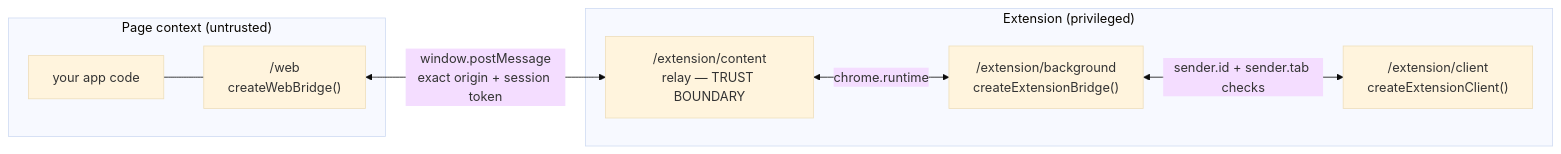
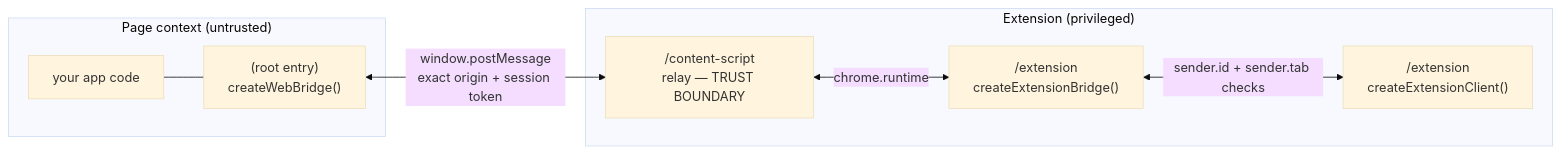
The diagram in packages/@webex/web-extension-bridge/README.md (webex/webex-js-sdk), drawn with Mermaid (base theme) before and after one commit. The commit also changed other lines of this file and 30 other files, not shown here.

Commit message:
feat(web-extension-bridge): address review comments

````diff
--- a/packages/@webex/web-extension-bridge/README.md
+++ b/packages/@webex/web-extension-bridge/README.md
@@ -109,16 +162,16 @@
 ```mermaid
 flowchart LR
     subgraph page ["Page context (untrusted)"]
         app["your app code"]
-        wb["/web<br/>createWebBridge()"]
+        wb["(root entry)<br/>createWebBridge()"]
     end
     subgraph ext ["Extension (privileged)"]
-        relay["/extension/content<br/>relay — TRUST BOUNDARY"]
-        bg["/extension/background<br/>createExtensionBridge()"]
-        cli["/extension/client<br/>createExtensionClient()"]
+        relay["/content-script<br/>relay — TRUST BOUNDARY"]
+        bg["/extension<br/>createExtensionBridge()"]
+        cli["/extension<br/>createExtensionClient()"]
     end
     app --- wb
     wb <-->|"window.postMessage<br/>exact origin + session token"| relay
     relay <-->|"chrome.runtime"| bg
     bg <-->|"sender.id + sender.tab checks"| cli
 ```
````
